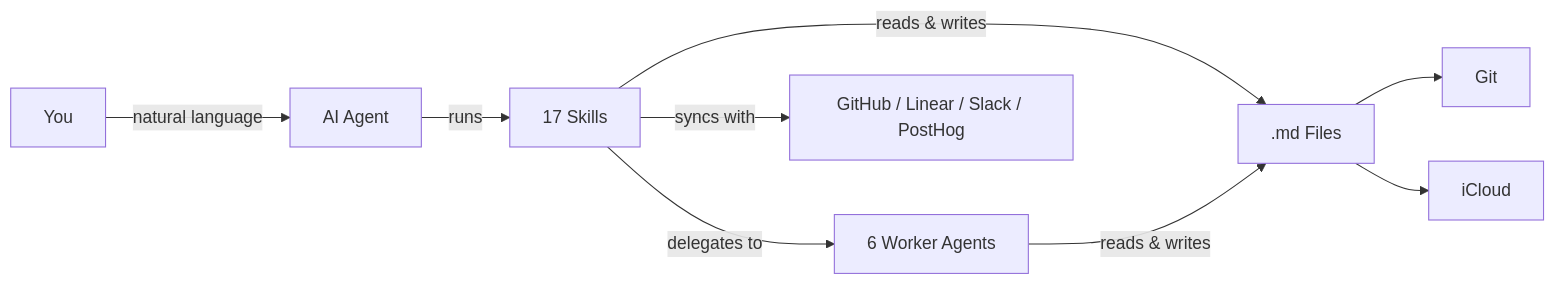
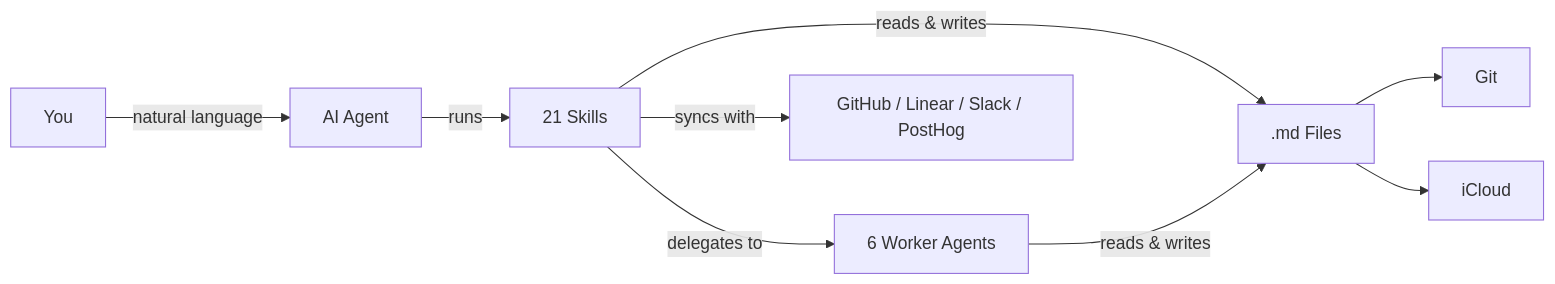
Before and after one commit to armitd/second-brain: the first of 2 diagrams in README.md, drawn with Mermaid. The commit also changed other lines of this file and 16 other files, not shown here.

````diff
--- a/README.md
+++ b/README.md
@@ -11,11 +11,11 @@
 ```mermaid
 graph LR
     A[You] -- natural language --> B[AI Agent]
-    B -- runs --> C[17 Skills]
+    B -- runs --> C[21 Skills]
     C -- delegates to --> W[6 Worker Agents]
     C -- reads & writes --> D[.md Files]
     W -- reads & writes --> D
     C -- syncs with --> G[GitHub / Linear / Slack / PostHog]
     D --> E[Git]
     D --> F[iCloud]
 ```
````
